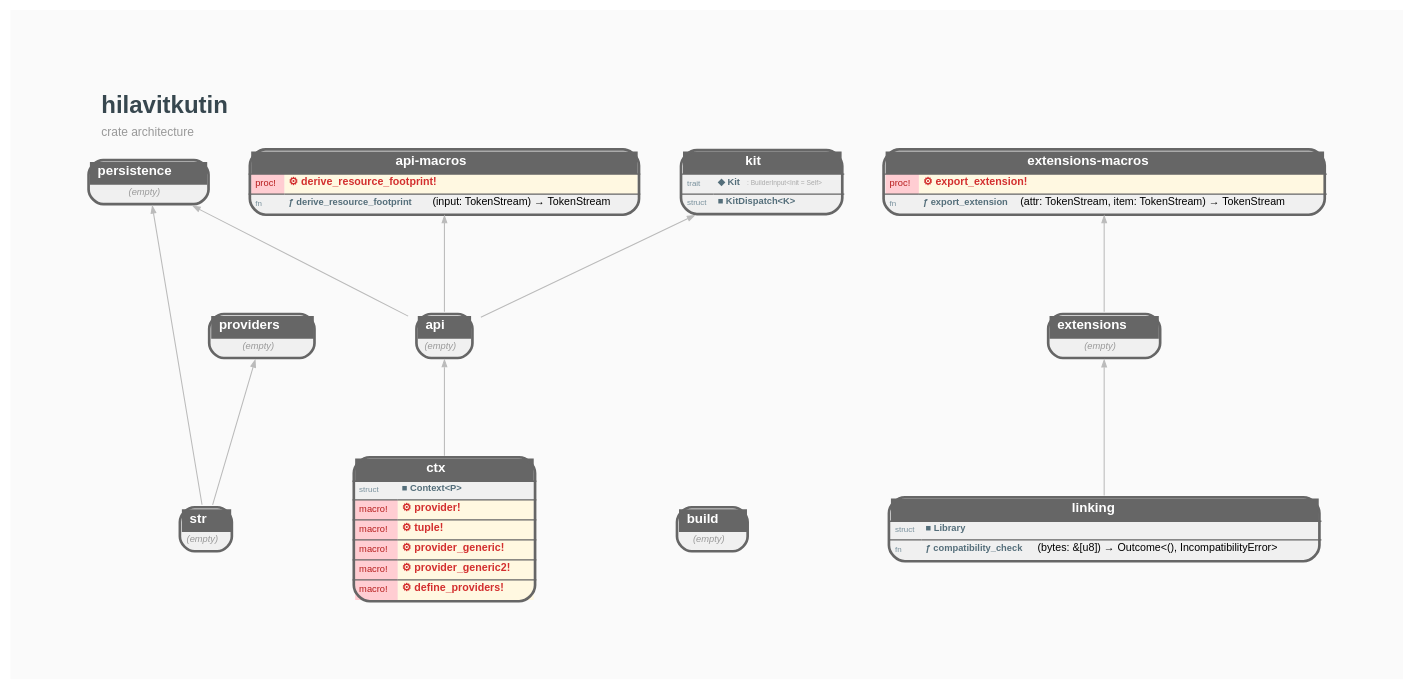
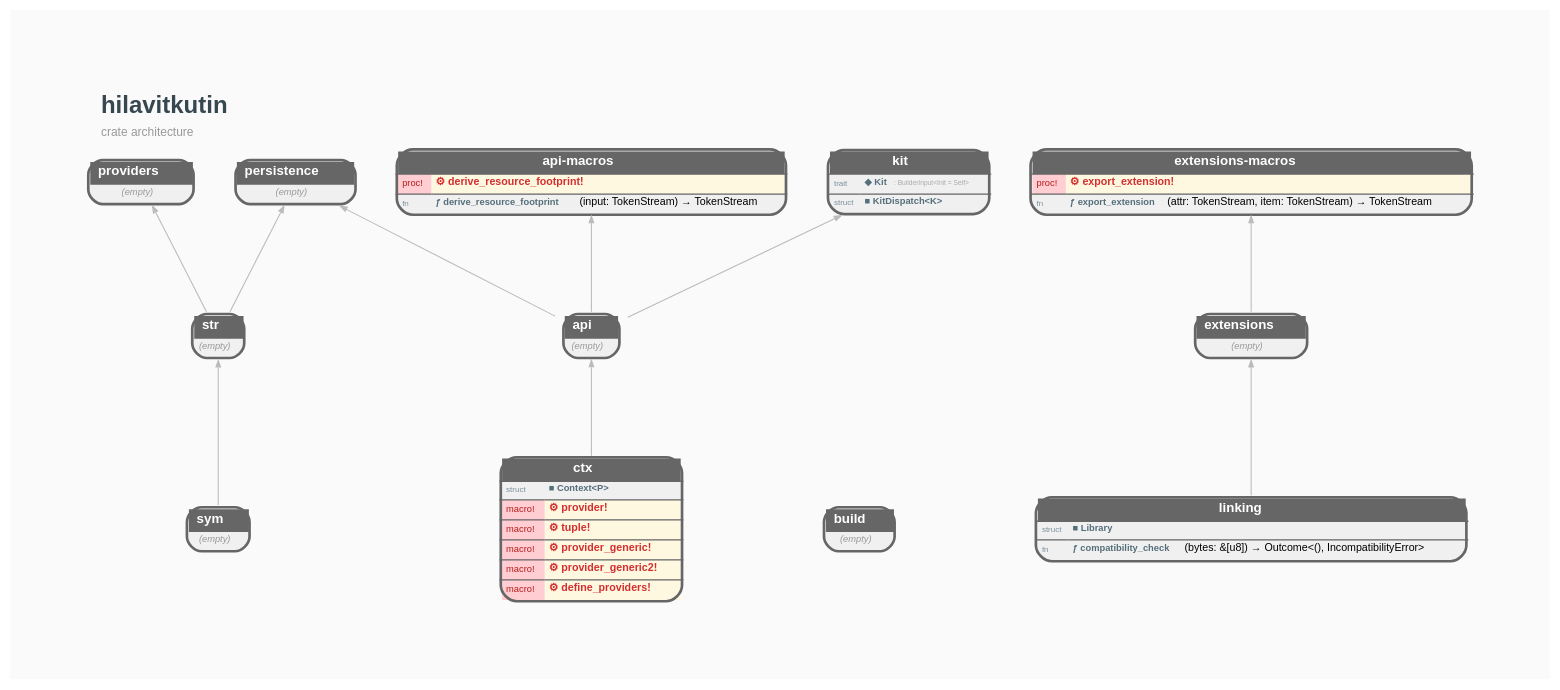
Before and after one commit to orgrinrt/hilavitkutin: the diagram in docs/mock_crate_deps.dot, drawn with Graphviz. The commit also changed 53 other files, not shown here.

First line of the commit message:
feat: factor hilavitkutin-sym generic interned-identity core

```diff
--- a/docs/mock_crate_deps.dot
+++ b/docs/mock_crate_deps.dot
@@ -1,48 +1,50 @@
 // AUTO-GENERATED — DO NOT EDIT DIRECTLY
 //
 // Generated by: mockspace (mock)
-// Generated at: 2026-07-16T10:30:42Z
+// Generated at: 2026-07-24T17:03:05Z
 // Source: mock/
 // To regenerate: cargo mock
 
 digraph hilavitkutin {
     rankdir=BT;
     newrank=true;
     bgcolor="#FAFAFA";
     graph [fontname="Helvetica", fontsize=10, pad=0.8, nodesep=0.4, ranksep=1.0];
     node [fontname="Helvetica", fontsize=8];
     edge [fontname="Helvetica", fontsize=7, color="#BBBBBB", arrowsize=0.5, penwidth=0.8];
 
     labelloc=t;
     labeljust=l;
     label=<<TABLE BORDER="0" CELLBORDER="0" CELLSPACING="0"><TR><TD ALIGN="LEFT"><FONT POINT-SIZE="18" COLOR="#37474F"><B>hilavitkutin</B></FONT></TD></TR><TR><TD ALIGN="LEFT"><FONT POINT-SIZE="9" COLOR="#999999">crate architecture</FONT></TD></TR></TABLE>>;
 
     hilavitkutin_api [shape=none, margin=0, label=<<TABLE BORDER="2" CELLBORDER="0" CELLSPACING="0" CELLPADDING="3" BGCOLOR="#F0F0F0" COLOR="#666666" STYLE="ROUNDED"><TR><TD COLSPAN="2" BGCOLOR="#666666" ALIGN="CENTER"><FONT COLOR="white" POINT-SIZE="10"><B>  api  </B></FONT></TD></TR><TR><TD COLSPAN="2"><FONT COLOR="#999999" POINT-SIZE="7"><I>(empty)</I></FONT></TD></TR></TABLE>>];
     hilavitkutin_api_macros [shape=none, margin=0, label=<<TABLE BORDER="2" CELLBORDER="0" CELLSPACING="0" CELLPADDING="3" BGCOLOR="#F0F0F0" COLOR="#666666" STYLE="ROUNDED"><TR><TD COLSPAN="2" BGCOLOR="#666666" ALIGN="CENTER"><FONT COLOR="white" POINT-SIZE="10"><B>  api-macros  </B></FONT></TD></TR><HR/><TR><TD ALIGN="LEFT" BGCOLOR="#FFCDD2"><FONT COLOR="#B71C1C" POINT-SIZE="7">proc!</FONT></TD><TD ALIGN="LEFT" BGCOLOR="#FFF8E1" PORT="p_derive_resource_footprint"><FONT COLOR="#D32F2F"><B>⚙ derive_resource_footprint!</B></FONT></TD></TR><HR/><TR><TD ALIGN="LEFT"><FONT COLOR="#78909C" POINT-SIZE="6">fn</FONT></TD><TD ALIGN="LEFT" PORT="p_derive_resource_footprint"><FONT COLOR="#546E7A" POINT-SIZE="7"><B>ƒ derive_resource_footprint</B></FONT>(input: TokenStream) → TokenStream</TD></TR></TABLE>>];
     hilavitkutin_build [shape=none, margin=0, label=<<TABLE BORDER="2" CELLBORDER="0" CELLSPACING="0" CELLPADDING="3" BGCOLOR="#F0F0F0" COLOR="#666666" STYLE="ROUNDED"><TR><TD COLSPAN="2" BGCOLOR="#666666" ALIGN="CENTER"><FONT COLOR="white" POINT-SIZE="10"><B>  build  </B></FONT></TD></TR><TR><TD COLSPAN="2"><FONT COLOR="#999999" POINT-SIZE="7"><I>(empty)</I></FONT></TD></TR></TABLE>>];
     hilavitkutin_ctx [shape=none, margin=0, label=<<TABLE BORDER="2" CELLBORDER="0" CELLSPACING="0" CELLPADDING="3" BGCOLOR="#F0F0F0" COLOR="#666666" STYLE="ROUNDED"><TR><TD COLSPAN="2" BGCOLOR="#666666" ALIGN="CENTER"><FONT COLOR="white" POINT-SIZE="10"><B>  ctx  </B></FONT></TD></TR><HR/><TR><TD ALIGN="LEFT"><FONT COLOR="#78909C" POINT-SIZE="6">struct</FONT></TD><TD ALIGN="LEFT" PORT="p_Context"><FONT COLOR="#546E7A" POINT-SIZE="7"><B>■ Context&lt;P&gt;</B></FONT></TD></TR><HR/><TR><TD ALIGN="LEFT" BGCOLOR="#FFCDD2"><FONT COLOR="#B71C1C" POINT-SIZE="7">macro!</FONT></TD><TD ALIGN="LEFT" BGCOLOR="#FFF8E1" PORT="p_provider"><FONT COLOR="#D32F2F"><B>⚙ provider!</B></FONT></TD></TR><HR/><TR><TD ALIGN="LEFT" BGCOLOR="#FFCDD2"><FONT COLOR="#B71C1C" POINT-SIZE="7">macro!</FONT></TD><TD ALIGN="LEFT" BGCOLOR="#FFF8E1" PORT="p_tuple"><FONT COLOR="#D32F2F"><B>⚙ tuple!</B></FONT></TD></TR><HR/><TR><TD ALIGN="LEFT" BGCOLOR="#FFCDD2"><FONT COLOR="#B71C1C" POINT-SIZE="7">macro!</FONT></TD><TD ALIGN="LEFT" BGCOLOR="#FFF8E1" PORT="p_provider_generic"><FONT COLOR="#D32F2F"><B>⚙ provider_generic!</B></FONT></TD></TR><HR/><TR><TD ALIGN="LEFT" BGCOLOR="#FFCDD2"><FONT COLOR="#B71C1C" POINT-SIZE="7">macro!</FONT></TD><TD ALIGN="LEFT" BGCOLOR="#FFF8E1" PORT="p_provider_generic2"><FONT COLOR="#D32F2F"><B>⚙ provider_generic2!</B></FONT></TD></TR><HR/><TR><TD ALIGN="LEFT" BGCOLOR="#FFCDD2"><FONT COLOR="#B71C1C" POINT-SIZE="7">macro!</FONT></TD><TD ALIGN="LEFT" BGCOLOR="#FFF8E1" PORT="p_define_providers"><FONT COLOR="#D32F2F"><B>⚙ define_providers!</B></FONT></TD></TR></TABLE>>];
     hilavitkutin_extensions [shape=none, margin=0, label=<<TABLE BORDER="2" CELLBORDER="0" CELLSPACING="0" CELLPADDING="3" BGCOLOR="#F0F0F0" COLOR="#666666" STYLE="ROUNDED"><TR><TD COLSPAN="2" BGCOLOR="#666666" ALIGN="CENTER"><FONT COLOR="white" POINT-SIZE="10"><B>  extensions  </B></FONT></TD></TR><TR><TD COLSPAN="2"><FONT COLOR="#999999" POINT-SIZE="7"><I>(empty)</I></FONT></TD></TR></TABLE>>];
     hilavitkutin_extensions_macros [shape=none, margin=0, label=<<TABLE BORDER="2" CELLBORDER="0" CELLSPACING="0" CELLPADDING="3" BGCOLOR="#F0F0F0" COLOR="#666666" STYLE="ROUNDED"><TR><TD COLSPAN="2" BGCOLOR="#666666" ALIGN="CENTER"><FONT COLOR="white" POINT-SIZE="10"><B>  extensions-macros  </B></FONT></TD></TR><HR/><TR><TD ALIGN="LEFT" BGCOLOR="#FFCDD2"><FONT COLOR="#B71C1C" POINT-SIZE="7">proc!</FONT></TD><TD ALIGN="LEFT" BGCOLOR="#FFF8E1" PORT="p_export_extension"><FONT COLOR="#D32F2F"><B>⚙ export_extension!</B></FONT></TD></TR><HR/><TR><TD ALIGN="LEFT"><FONT COLOR="#78909C" POINT-SIZE="6">fn</FONT></TD><TD ALIGN="LEFT" PORT="p_export_extension"><FONT COLOR="#546E7A" POINT-SIZE="7"><B>ƒ export_extension</B></FONT>(attr: TokenStream, item: TokenStream) → TokenStream</TD></TR></TABLE>>];
     hilavitkutin_kit [shape=none, margin=0, label=<<TABLE BORDER="2" CELLBORDER="0" CELLSPACING="0" CELLPADDING="3" BGCOLOR="#F0F0F0" COLOR="#666666" STYLE="ROUNDED"><TR><TD COLSPAN="2" BGCOLOR="#666666" ALIGN="CENTER"><FONT COLOR="white" POINT-SIZE="10"><B>  kit  </B></FONT></TD></TR><HR/><TR><TD ALIGN="LEFT"><FONT COLOR="#78909C" POINT-SIZE="6">trait</FONT></TD><TD ALIGN="LEFT" PORT="p_Kit"><FONT COLOR="#546E7A" POINT-SIZE="7"><B>◆ Kit</B></FONT> <FONT COLOR="#AAAAAA" POINT-SIZE="5">: BuilderInput&lt;Init = Self&gt;</FONT></TD></TR><HR/><TR><TD ALIGN="LEFT"><FONT COLOR="#78909C" POINT-SIZE="6">struct</FONT></TD><TD ALIGN="LEFT" PORT="p_KitDispatch"><FONT COLOR="#546E7A" POINT-SIZE="7"><B>■ KitDispatch&lt;K&gt;</B></FONT></TD></TR></TABLE>>];
     hilavitkutin_linking [shape=none, margin=0, label=<<TABLE BORDER="2" CELLBORDER="0" CELLSPACING="0" CELLPADDING="3" BGCOLOR="#F0F0F0" COLOR="#666666" STYLE="ROUNDED"><TR><TD COLSPAN="2" BGCOLOR="#666666" ALIGN="CENTER"><FONT COLOR="white" POINT-SIZE="10"><B>  linking  </B></FONT></TD></TR><HR/><TR><TD ALIGN="LEFT"><FONT COLOR="#78909C" POINT-SIZE="6">struct</FONT></TD><TD ALIGN="LEFT" PORT="p_Library"><FONT COLOR="#546E7A" POINT-SIZE="7"><B>■ Library</B></FONT></TD></TR><HR/><TR><TD ALIGN="LEFT"><FONT COLOR="#78909C" POINT-SIZE="6">fn</FONT></TD><TD ALIGN="LEFT" PORT="p_compatibility_check"><FONT COLOR="#546E7A" POINT-SIZE="7"><B>ƒ compatibility_check</B></FONT>(bytes: &amp;[u8]) → Outcome&lt;(), IncompatibilityError&gt;</TD></TR></TABLE>>];
     hilavitkutin_persistence [shape=none, margin=0, label=<<TABLE BORDER="2" CELLBORDER="0" CELLSPACING="0" CELLPADDING="3" BGCOLOR="#F0F0F0" COLOR="#666666" STYLE="ROUNDED"><TR><TD COLSPAN="2" BGCOLOR="#666666" ALIGN="CENTER"><FONT COLOR="white" POINT-SIZE="10"><B>  persistence  </B></FONT></TD></TR><TR><TD COLSPAN="2"><FONT COLOR="#999999" POINT-SIZE="7"><I>(empty)</I></FONT></TD></TR></TABLE>>];
     hilavitkutin_providers [shape=none, margin=0, label=<<TABLE BORDER="2" CELLBORDER="0" CELLSPACING="0" CELLPADDING="3" BGCOLOR="#F0F0F0" COLOR="#666666" STYLE="ROUNDED"><TR><TD COLSPAN="2" BGCOLOR="#666666" ALIGN="CENTER"><FONT COLOR="white" POINT-SIZE="10"><B>  providers  </B></FONT></TD></TR><TR><TD COLSPAN="2"><FONT COLOR="#999999" POINT-SIZE="7"><I>(empty)</I></FONT></TD></TR></TABLE>>];
     hilavitkutin_str [shape=none, margin=0, label=<<TABLE BORDER="2" CELLBORDER="0" CELLSPACING="0" CELLPADDING="3" BGCOLOR="#F0F0F0" COLOR="#666666" STYLE="ROUNDED"><TR><TD COLSPAN="2" BGCOLOR="#666666" ALIGN="CENTER"><FONT COLOR="white" POINT-SIZE="10"><B>  str  </B></FONT></TD></TR><TR><TD COLSPAN="2"><FONT COLOR="#999999" POINT-SIZE="7"><I>(empty)</I></FONT></TD></TR></TABLE>>];
+    hilavitkutin_sym [shape=none, margin=0, label=<<TABLE BORDER="2" CELLBORDER="0" CELLSPACING="0" CELLPADDING="3" BGCOLOR="#F0F0F0" COLOR="#666666" STYLE="ROUNDED"><TR><TD COLSPAN="2" BGCOLOR="#666666" ALIGN="CENTER"><FONT COLOR="white" POINT-SIZE="10"><B>  sym  </B></FONT></TD></TR><TR><TD COLSPAN="2"><FONT COLOR="#999999" POINT-SIZE="7"><I>(empty)</I></FONT></TD></TR></TABLE>>];
 
-    { rank=same; hilavitkutin_build; hilavitkutin_ctx; hilavitkutin_linking; hilavitkutin_str; } // depth 0
-    { rank=same; hilavitkutin_api; hilavitkutin_extensions; } // depth 1
+    { rank=same; hilavitkutin_build; hilavitkutin_ctx; hilavitkutin_linking; hilavitkutin_sym; } // depth 0
+    { rank=same; hilavitkutin_api; hilavitkutin_extensions; hilavitkutin_str; } // depth 1
     { rank=same; hilavitkutin_api_macros; hilavitkutin_extensions_macros; hilavitkutin_kit; hilavitkutin_persistence; } // depth 2
     { rank=same; hilavitkutin_providers; } // depth 3
 
 
     // Dependency edges (transitively reduced)
     hilavitkutin_ctx -> hilavitkutin_api;
     hilavitkutin_api -> hilavitkutin_api_macros;
     hilavitkutin_linking -> hilavitkutin_extensions;
     hilavitkutin_extensions -> hilavitkutin_extensions_macros;
     hilavitkutin_api -> hilavitkutin_kit;
     hilavitkutin_str -> hilavitkutin_persistence;
     hilavitkutin_api -> hilavitkutin_persistence;
     hilavitkutin_str -> hilavitkutin_providers;
+    hilavitkutin_sym -> hilavitkutin_str;
 
 }
```
